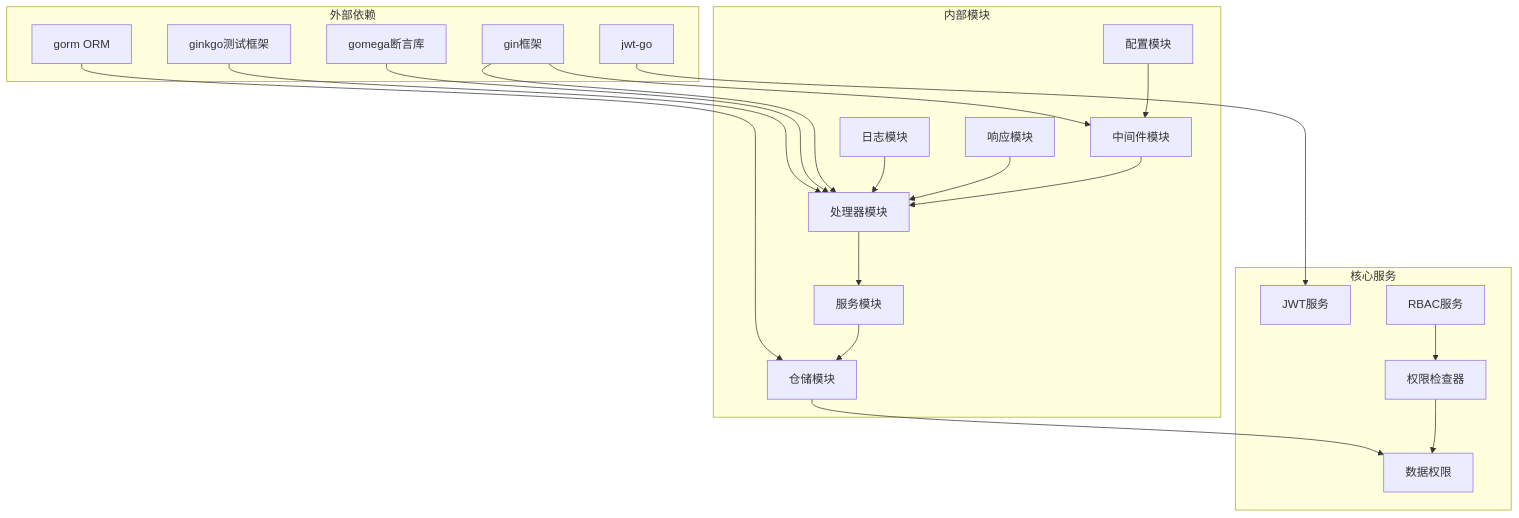
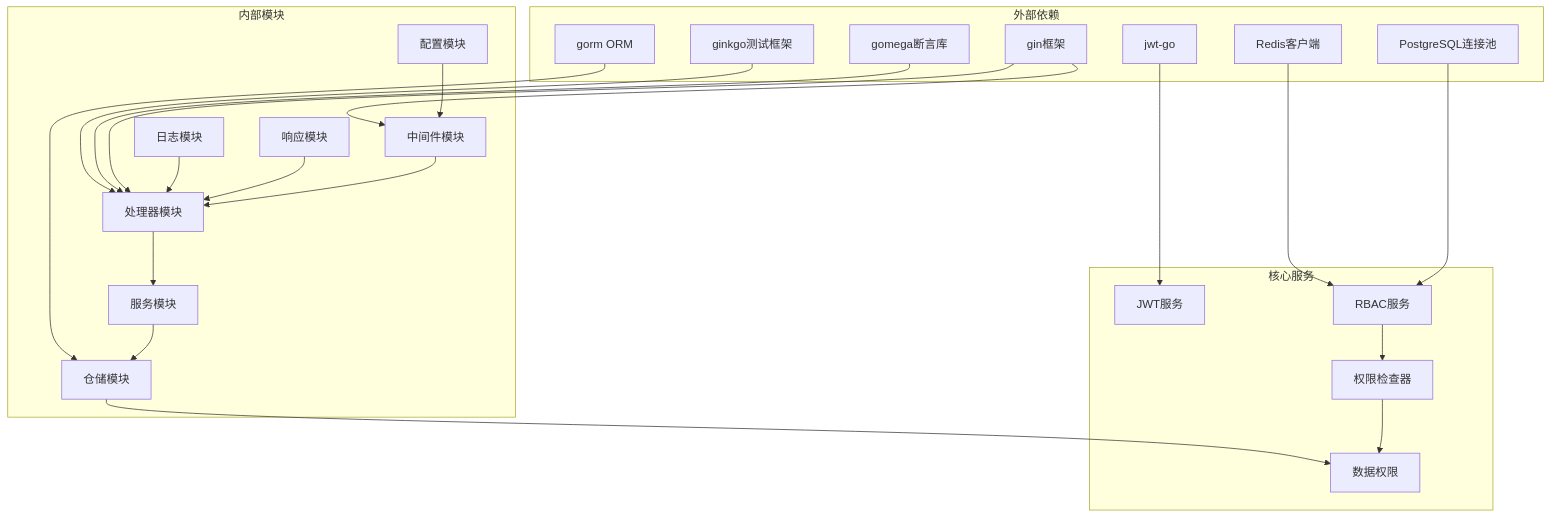
The seventh of 7 diagrams in .qoder/repowiki/zh/content/API服务器/认证与授权系统.md (mcmrzy/cs_inv_monitor-develop), drawn with Mermaid before and after one commit. The commit also changed other lines of this file and 128 other files, not shown here.

````diff
--- a/.qoder/repowiki/zh/content/API服务器/认证与授权系统.md
+++ b/.qoder/repowiki/zh/content/API服务器/认证与授权系统.md
@@ -353,40 +353,44 @@
 ```mermaid
 graph TB
 subgraph "外部依赖"
 Ginkgo[ginkgo测试框架]
 Gomega[gomega断言库]
 Gorm[gorm ORM]
 GolangJWT[jwt-go]
 Gin[gin框架]
+Redis[Redis客户端]
+PGX[PostgreSQL连接池]
 end
 subgraph "内部模块"
 Config[配置模块]
 Logger[日志模块]
 Response[响应模块]
 Middleware[中间件模块]
 Handler[处理器模块]
 Service[服务模块]
 Repository[仓储模块]
 end
 subgraph "核心服务"
 JWTService[JWT服务]
 RBACService[RBAC服务]
 PermChecker[权限检查器]
 DataPerm[数据权限]
 end
 Ginkgo --> Handler
 Gomega --> Handler
 Gorm --> Repository
 GolangJWT --> JWTService
 Gin --> Middleware
 Gin --> Handler
 Config --> Middleware
 Logger --> Handler
 Response --> Handler
 Middleware --> Handler
 Handler --> Service
 Service --> Repository
 Repository --> DataPerm
 RBACService --> PermChecker
 PermChecker --> DataPerm
+Redis --> RBACService
+PGX --> RBACService
 ```
````
